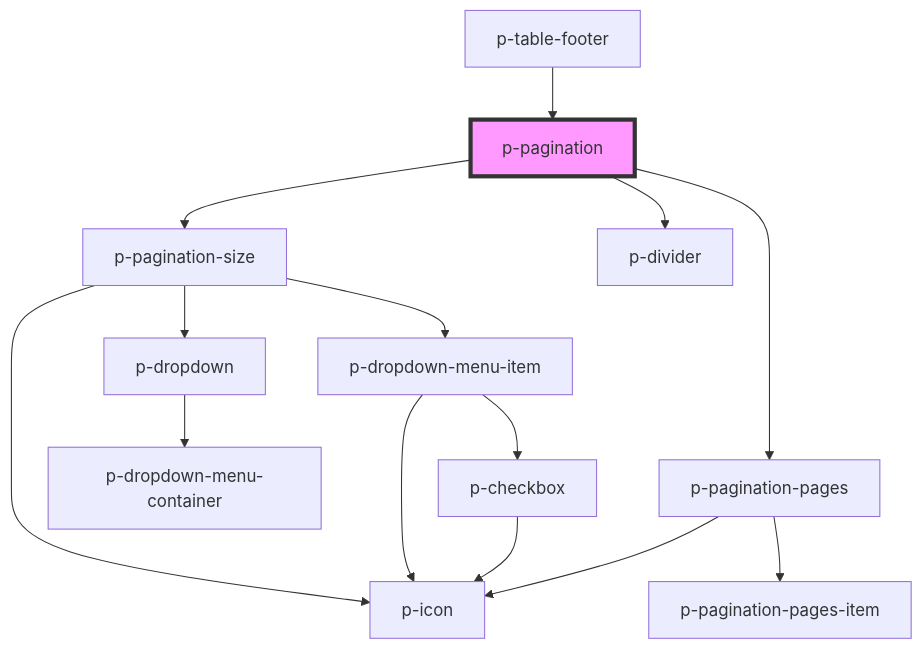
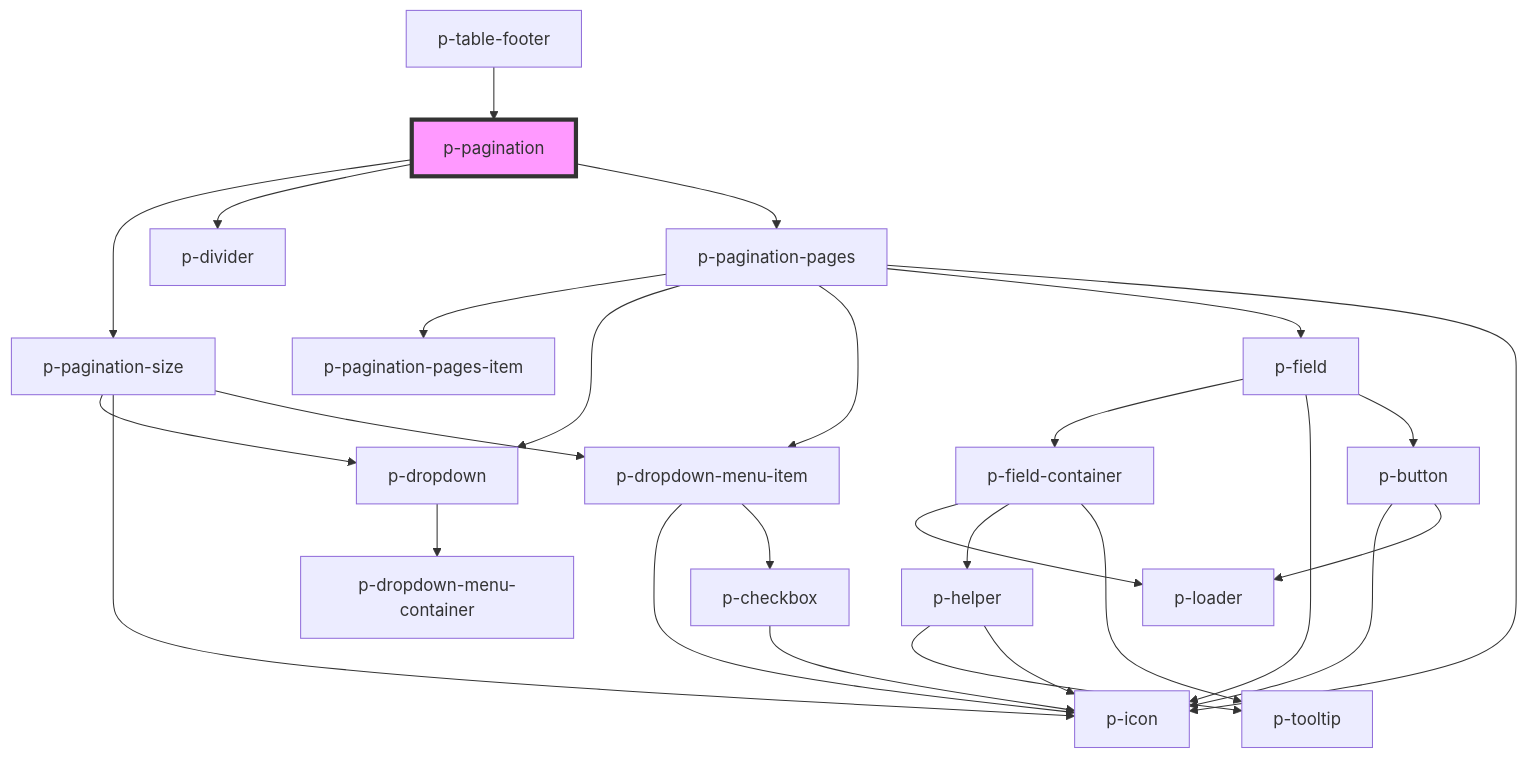
Before and after one commit to Employes/Paperless: the diagram in packages/core/src/components/molecules/pagination/pagination/readme.md, drawn with Mermaid. The commit also changed 6 other files, not shown here.

Commit message:
feat(molecules/pagination/pages): Add support for dropdown on ellipsis

````diff
--- a/packages/core/src/components/molecules/pagination/pagination/readme.md
+++ b/packages/core/src/components/molecules/pagination/pagination/readme.md
@@ -43,17 +43,30 @@
 ```mermaid
 graph TD;
   p-pagination --> p-pagination-size
   p-pagination --> p-divider
   p-pagination --> p-pagination-pages
   p-pagination-size --> p-dropdown
   p-pagination-size --> p-icon
   p-pagination-size --> p-dropdown-menu-item
   p-dropdown --> p-dropdown-menu-container
   p-dropdown-menu-item --> p-icon
   p-dropdown-menu-item --> p-checkbox
   p-checkbox --> p-icon
   p-pagination-pages --> p-pagination-pages-item
+  p-pagination-pages --> p-dropdown
+  p-pagination-pages --> p-dropdown-menu-item
+  p-pagination-pages --> p-field
   p-pagination-pages --> p-icon
+  p-field --> p-field-container
+  p-field --> p-icon
+  p-field --> p-button
+  p-field-container --> p-loader
+  p-field-container --> p-helper
+  p-field-container --> p-tooltip
+  p-helper --> p-tooltip
+  p-helper --> p-icon
+  p-button --> p-icon
+  p-button --> p-loader
   p-table-footer --> p-pagination
   style p-pagination fill:#f9f,stroke:#333,stroke-width:4px
 ```
````
